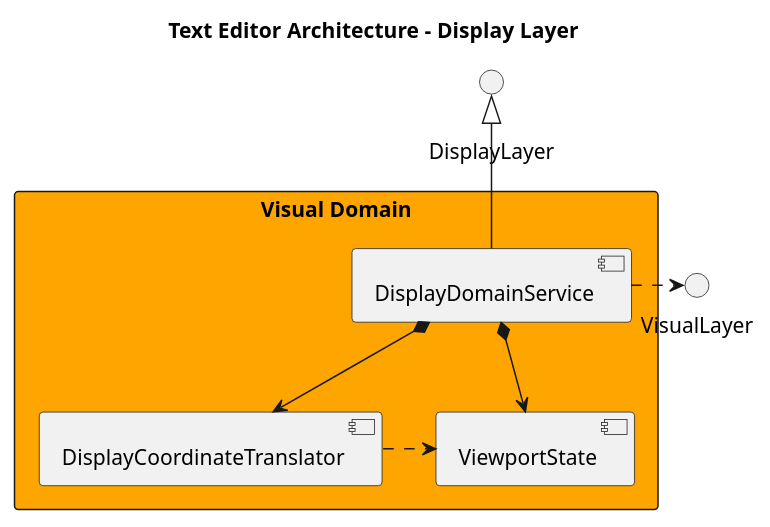
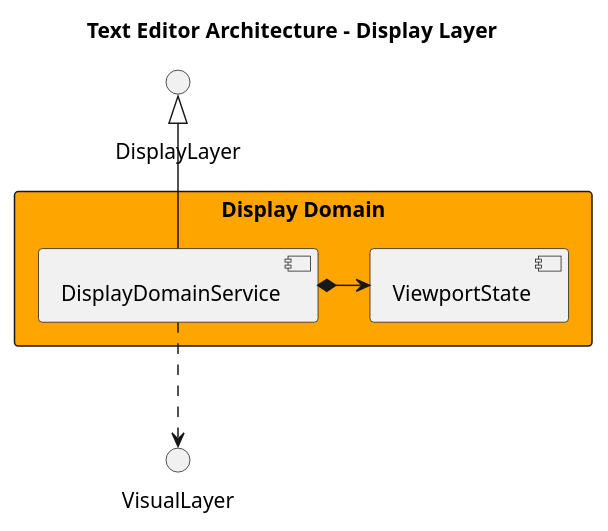
Before and after one commit to JoeRittiner/TextEngine: the diagram in docs/source/specs/architecture/diagrams/display_components.puml, drawn with PlantUML. The commit also changed 8 other files, not shown here.

Commit message:
doc: Add and Fix Sequence Diagrams

```diff
--- a/docs/source/specs/architecture/diagrams/display_components.puml
+++ b/docs/source/specs/architecture/diagrams/display_components.puml
@@ -1,24 +1,24 @@
 @startuml
 
 title Text Editor Architecture - Display Layer
 
 interface DisplayLayer as "\nDisplayLayer"
 interface VisualLayer
 
-rectangle "Visual Domain" #Orange {
+rectangle "Display Domain" #Orange {
    component DisplayDomainService
-   component DisplayCoordinateTranslator
+   ' component DisplayCoordinateTranslator
    component ViewportState
    'Stateless?
    ' component CoordinateTranslator
 }
 
 DisplayDomainService -up-|> DisplayLayer
 
-DisplayDomainService *--> DisplayCoordinateTranslator
-DisplayDomainService *--> ViewportState
-DisplayCoordinateTranslator .> ViewportState
+' DisplayDomainService *--> DisplayCoordinateTranslator
+DisplayDomainService *-> ViewportState
+' DisplayCoordinateTranslator .> ViewportState
 
-DisplayDomainService .> VisualLayer
+DisplayDomainService ..> VisualLayer
 
 @enduml
```
